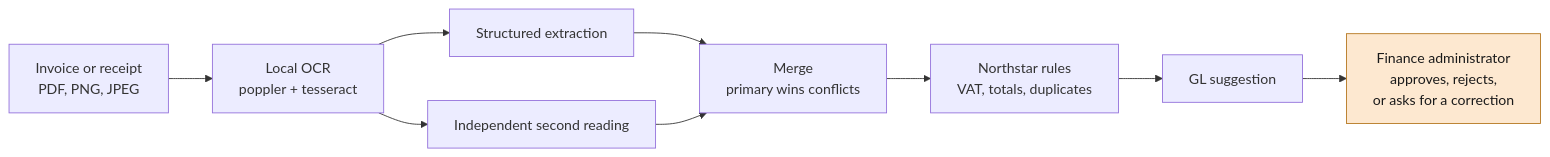
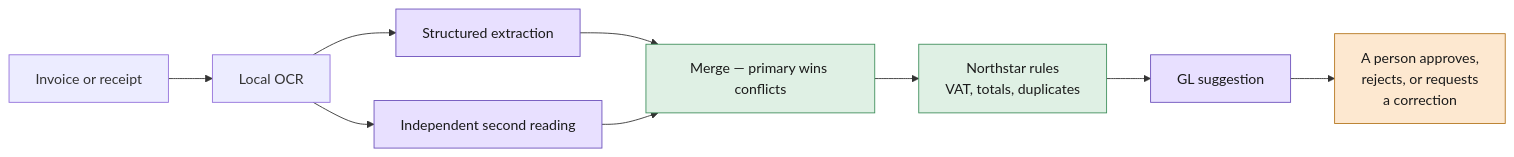
One commit to fares-ds/end-to-end-invoice-and-receipt-review-application changed the diagram in README.md. Above: the diagram before and after it, drawn with Mermaid. The commit also changed other lines of this file, not shown here.

First line of the commit message:
docs: rewrite the README in first person, led by the engineering

````diff
--- a/README.md
+++ b/README.md
@@ -14,14 +38,18 @@
 ```mermaid
 flowchart LR
-    doc["Invoice or receipt<br/>PDF, PNG, JPEG"] --> ocr["Local OCR<br/>poppler + tesseract"]
+    doc["Invoice or receipt"] --> ocr["Local OCR"]
     ocr --> extract["Structured extraction"]
     ocr --> review["Independent second reading"]
-    extract --> merge["Merge<br/>primary wins conflicts"]
+    extract --> merge["Merge — primary wins conflicts"]
     review --> merge
     merge --> rules["Northstar rules<br/>VAT, totals, duplicates"]
     rules --> gl["GL suggestion"]
-    gl --> maya["Finance administrator<br/>approves, rejects,<br/>or asks for a correction"]
+    gl --> maya["A person approves,<br/>rejects, or requests<br/>a correction"]
 
+    classDef model fill:#e8e0ff,stroke:#6b4fbb,color:#1a1a1a
+    classDef pure fill:#dff0e4,stroke:#3f8f5c,color:#1a1a1a
     classDef human fill:#fde8d0,stroke:#b5761f,color:#1a1a1a
+    class extract,review,gl model
+    class merge,rules pure
     class maya human
 ```
````
